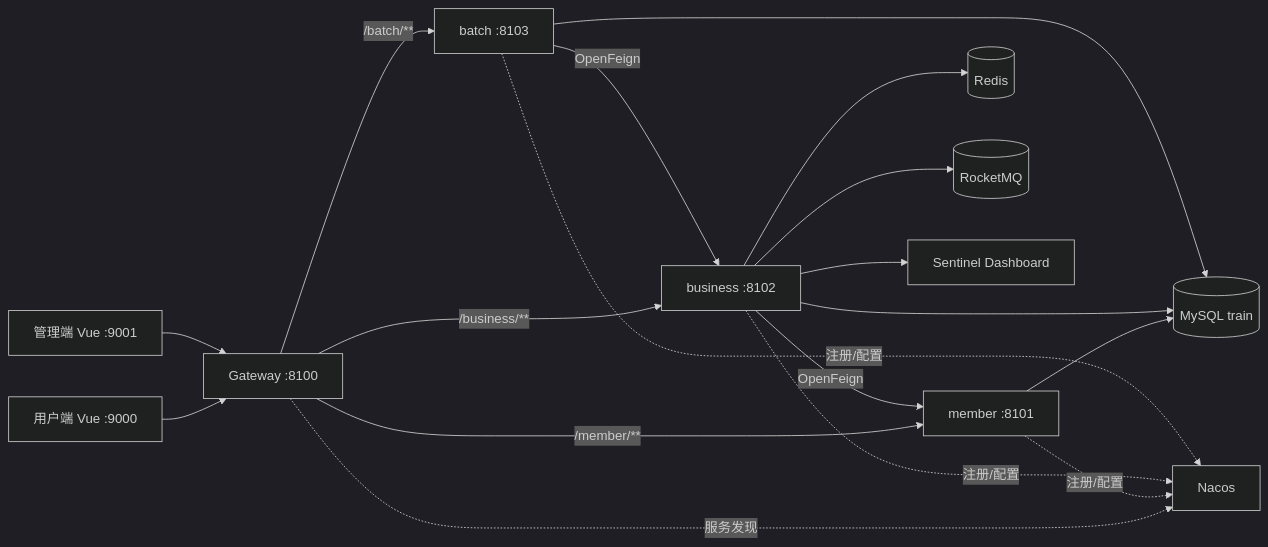
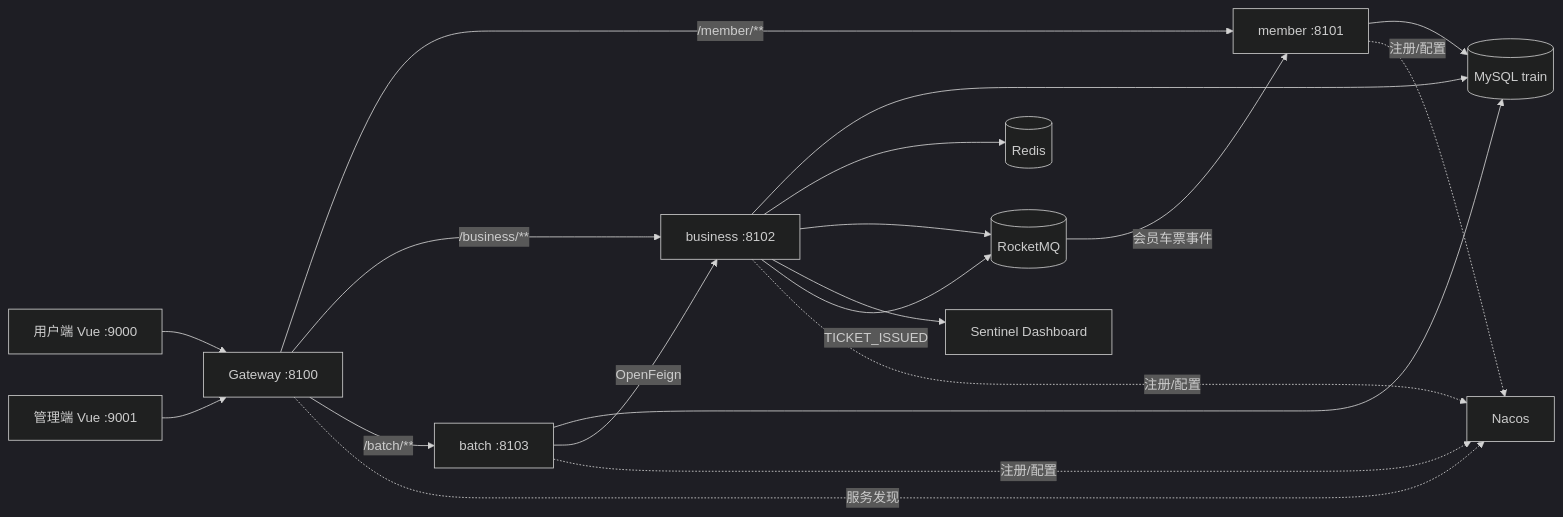
Before and after one commit to yali325/train-12306-system: the first of 3 diagrams in README.md, drawn with Mermaid (dark theme). The commit also changed other lines of this file, not shown here.

````diff
--- a/README.md
+++ b/README.md
@@ -58,24 +56,25 @@
 ```mermaid
 flowchart LR
     U[用户端 Vue :9000] --> G[Gateway :8100]
     A[管理端 Vue :9001] --> G
 
     G -->|/member/**| M[member :8101]
     G -->|/business/**| B[business :8102]
     G -->|/batch/**| Q[batch :8103]
 
     M --> DB[(MySQL train)]
     B --> DB
     Q --> DB
 
     B --> R[(Redis)]
     B --> MQ[(RocketMQ)]
     B --> S[Sentinel Dashboard]
-    B -->|OpenFeign| M
+    B -->|TICKET_ISSUED| MQ
+    MQ -->|会员车票事件| M
     Q -->|OpenFeign| B
 
     G -.服务发现.-> N[Nacos]
     M -.注册/配置.-> N
     B -.注册/配置.-> N
     Q -.注册/配置.-> N
 ```
````
